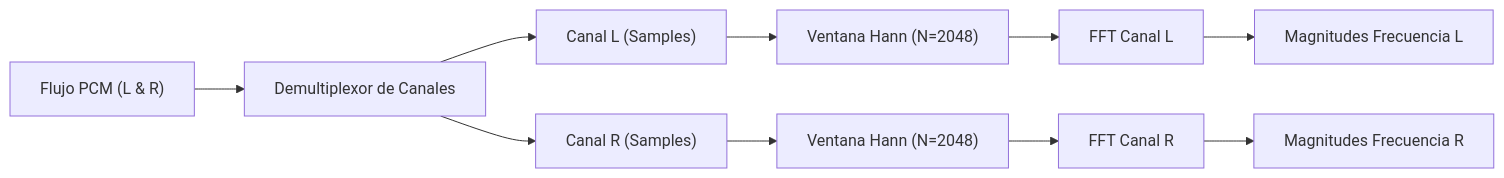
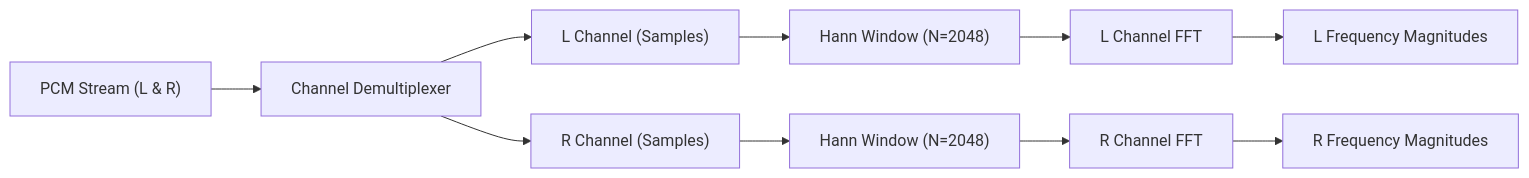
The diagram in planning/02_AUDIO_ANALYSIS.md (JulioGuillermo/AudioViz), drawn with Mermaid before and after one commit. The commit also changed other lines of this file and 99 other files, not shown here.

First line of the commit message:
Translate everything to English with a selectable UI language; lyric editing on the timeline

````diff
--- a/planning/02_AUDIO_ANALYSIS.md
+++ b/planning/02_AUDIO_ANALYSIS.md
@@ -17,12 +17,12 @@
 ```mermaid
 flowchart LR
-    PCMStream["Flujo PCM (L & R)"] --> Splitter["Demultiplexor de Canales"]
-    Splitter --> LeftChannel["Canal L (Samples)"]
-    Splitter --> RightChannel["Canal R (Samples)"]
-    LeftChannel --> HannL["Ventana Hann (N=2048)"]
-    RightChannel --> HannR["Ventana Hann (N=2048)"]
-    HannL --> FFTL["FFT Canal L"]
-    HannR --> FFTR["FFT Canal R"]
-    FFTL --> MagL["Magnitudes Frecuencia L"]
-    FFTR --> MagR["Magnitudes Frecuencia R"]
+    PCMStream["PCM Stream (L & R)"] --> Splitter["Channel Demultiplexer"]
+    Splitter --> LeftChannel["L Channel (Samples)"]
+    Splitter --> RightChannel["R Channel (Samples)"]
+    LeftChannel --> HannL["Hann Window (N=2048)"]
+    RightChannel --> HannR["Hann Window (N=2048)"]
+    HannL --> FFTL["L Channel FFT"]
+    HannR --> FFTR["R Channel FFT"]
+    FFTL --> MagL["L Frequency Magnitudes"]
+    FFTR --> MagR["R Frequency Magnitudes"]
 ```
````
